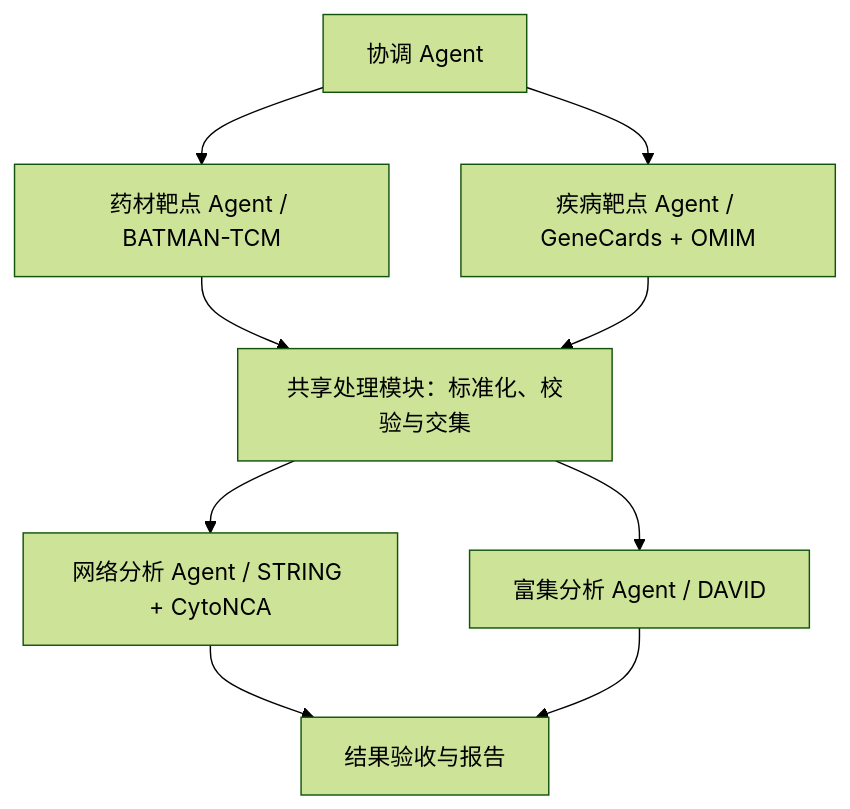
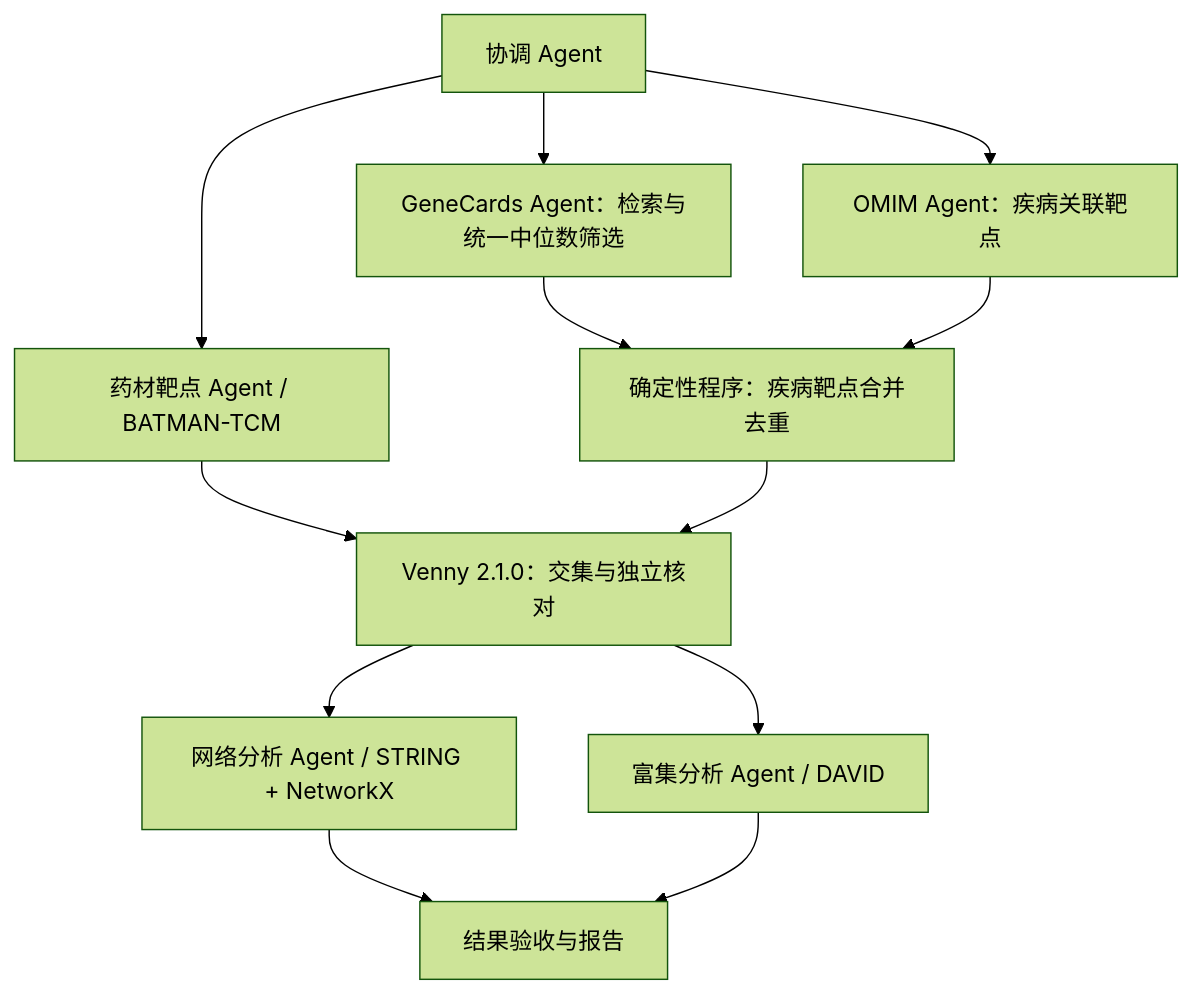
Before and after one commit to HappyLifeToCode/PharmacologyMultiAgent: the diagram in README.md, drawn with Mermaid (forest theme). The commit also changed other lines of this file and 32 other files, not shown here.

````diff
--- a/README.md
+++ b/README.md
@@ -72,11 +74,14 @@
 ```mermaid
 flowchart TD
     C[协调 Agent] --> H[药材靶点 Agent / BATMAN-TCM]
-    C --> D[疾病靶点 Agent / GeneCards + OMIM]
-    H --> V[共享处理模块：标准化、校验与交集]
+    C --> GC[GeneCards Agent：检索与统一中位数筛选]
+    C --> OM[OMIM Agent：疾病关联靶点]
+    GC --> D[确定性程序：疾病靶点合并去重]
+    OM --> D
+    H --> V[Venny 2.1.0：交集与独立核对]
     D --> V
-    V --> N[网络分析 Agent / STRING + CytoNCA]
+    V --> N[网络分析 Agent / STRING + NetworkX]
     V --> E[富集分析 Agent / DAVID]
     N --> R[结果验收与报告]
     E --> R
 ```
````
